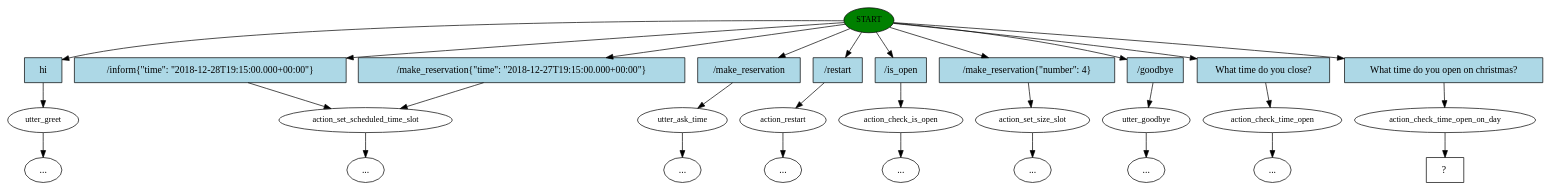
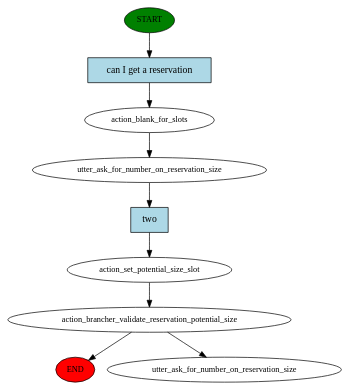
Before and after one commit to DylanRedfield/ocaptain: the diagram in Textual/story_graph.dot, drawn with Graphviz. The commit also changed 17 other files, not shown here.

```diff
--- a/Textual/story_graph.dot
+++ b/Textual/story_graph.dot
@@ -1,60 +1,19 @@
 digraph  {
 0 [label=START, fillcolor=green, style=filled, fontsize=12, class="start active"];
-1 [label=utter_greet, fontsize=12, class=""];
-2 [label=action_set_scheduled_time_slot, fontsize=12, class=""];
-5 [label=utter_ask_time, fontsize=12, class=""];
-6 [label=action_restart, fontsize=12, class=""];
-"-8" [label="...", class=ellipsis];
-7 [label=action_check_is_open, fontsize=12, class=""];
-"-9" [label="...", class=ellipsis];
-"-14" [label="...", class=ellipsis];
-13 [label=action_set_size_slot, fontsize=12, class=""];
-"-15" [label="...", class=ellipsis];
-"-16" [label="...", class=ellipsis];
-15 [label=utter_goodbye, fontsize=12, class=""];
-"-17" [label="...", class=ellipsis];
-"-18" [label="...", class=ellipsis];
-17 [label=action_check_time_open, fontsize=12, class=""];
-"-19" [label="...", class=ellipsis];
-18 [label=action_check_time_open_on_day, fontsize=12, class=active];
-19 [label="  ?  ", shape=rect, class="intent dashed active"];
-20 [label=hi, shape=rect, style=filled, fillcolor=lightblue, class=intent];
-21 [label="/inform{\"time\": \"2018-12-28T19:15:00.000+00:00\"}", shape=rect, style=filled, fillcolor=lightblue, class=intent];
-22 [label="/make_reservation{\"time\": \"2018-12-27T19:15:00.000+00:00\"}", shape=rect, style=filled, fillcolor=lightblue, class=intent];
-23 [label="/make_reservation", shape=rect, style=filled, fillcolor=lightblue, class=intent];
-24 [label="/restart", shape=rect, style=filled, fillcolor=lightblue, class=intent];
-25 [label="/is_open", shape=rect, style=filled, fillcolor=lightblue, class=intent];
-26 [label="/make_reservation{\"number\": 4}", shape=rect, style=filled, fillcolor=lightblue, class=intent];
-27 [label="/goodbye", shape=rect, style=filled, fillcolor=lightblue, class=intent];
-28 [label="What time do you close?", shape=rect, style=filled, fillcolor=lightblue, class=intent];
-29 [label="What time do you open on christmas?", shape=rect, style=filled, fillcolor=lightblue, class="intent active"];
-0 -> 20  [key=0, class=""];
-0 -> 21  [key=0, class=""];
-0 -> 22  [key=0, class=""];
-0 -> 23  [key=0, class=""];
-0 -> 24  [key=0, class=""];
-0 -> 25  [key=0, class=""];
-0 -> 26  [key=0, class=""];
-0 -> 27  [key=0, class=""];
-0 -> 28  [key=0, class=""];
-0 -> 29  [key=0, class=active];
-1 -> "-18"  [key=NONE, label="", class=""];
-2 -> "-16"  [key=NONE, label="", class=""];
-5 -> "-14"  [key=NONE, label="", class=""];
-6 -> "-8"  [key=NONE, label="", class=""];
-7 -> "-9"  [key=NONE, label="", class=""];
-13 -> "-15"  [key=NONE, label="", class=""];
-15 -> "-17"  [key=NONE, label="", class=""];
-17 -> "-19"  [key=NONE, label="", class=""];
-18 -> 19  [key=NONE, label="", class=active];
-20 -> 1  [key=0, class=""];
-21 -> 2  [key=0, class=""];
-22 -> 2  [key=0, class=""];
-23 -> 5  [key=0, class=""];
-24 -> 6  [key=0, class=""];
-25 -> 7  [key=0, class=""];
-26 -> 13  [key=0, class=""];
-27 -> 15  [key=0, class=""];
-28 -> 17  [key=0, class=""];
-29 -> 18  [key=0, class=active];
+"-1" [label=END, fillcolor=red, style=filled, fontsize=12, class=end];
+1 [label=action_blank_for_slots, fontsize=12, class=active];
+2 [label=utter_ask_for_number_on_reservation_size, fontsize=12, class=active];
+3 [label=action_set_potential_size_slot, fontsize=12, class=active];
+4 [label=action_brancher_validate_reservation_potential_size, fontsize=12, class=active];
+9 [label=utter_ask_for_number_on_reservation_size, fontsize=12, class="dashed active"];
+10 [label="can I get a reservation", shape=rect, style=filled, fillcolor=lightblue, class="intent active"];
+11 [label=two, shape=rect, style=filled, fillcolor=lightblue, class="intent active"];
+0 -> 10  [key=0, class=active];
+1 -> 2  [key=NONE, label="", class=active];
+2 -> 11  [key=0, class=active];
+3 -> 4  [key=NONE, label="", class=active];
+4 -> "-1"  [key=NONE, label="", class=""];
+4 -> 9  [key=NONE, label="", class=active];
+10 -> 1  [key=0, class=active];
+11 -> 3  [key=0, class=active];
 }
```
